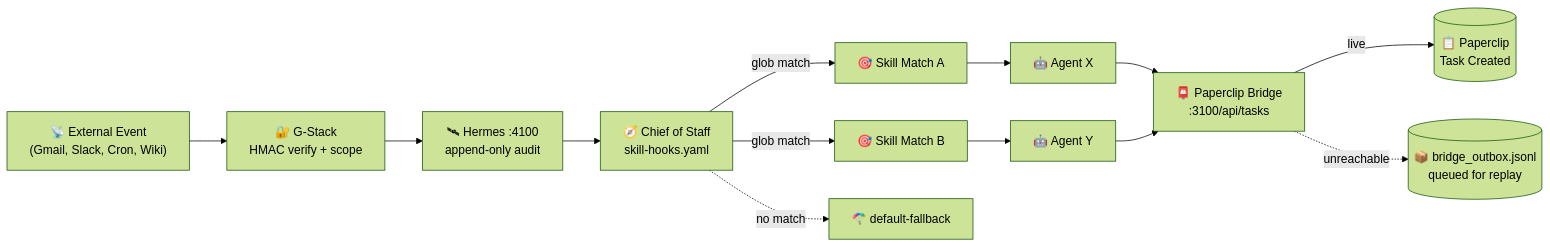
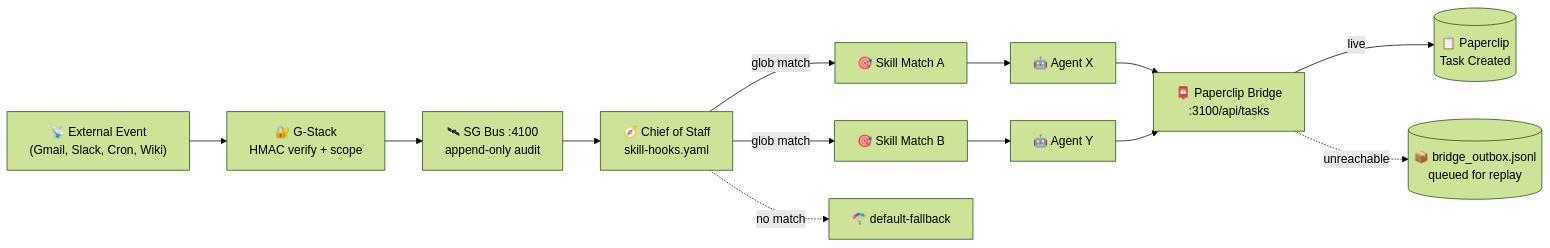
Before and after one commit to Sheshiyer/snow-gloves-os: the first of 4 diagrams in docs/explainer.md, drawn with Mermaid (forest theme). The commit also changed other lines of this file and 135 other files, not shown here.

````diff
--- a/docs/explainer.md
+++ b/docs/explainer.md
@@ -46,15 +46,15 @@
 ```mermaid
 flowchart LR
   Ext["📡 External Event<br/>(Gmail, Slack, Cron, Wiki)"] --> Sig["🔐 G-Stack<br/>HMAC verify + scope"]
-  Sig --> Her["🛰 Hermes :4100<br/>append-only audit"]
+  Sig --> Her["🛰 SG Bus :4100<br/>append-only audit"]
   Her --> CoS["🧭 Chief of Staff<br/>skill-hooks.yaml"]
   CoS -->|glob match| Sk1["🎯 Skill Match A"]
   CoS -->|glob match| Sk2["🎯 Skill Match B"]
   CoS -.no match.-> FB["🪂 default-fallback"]
   Sk1 --> Ag1["🤖 Agent X"]
   Sk2 --> Ag2["🤖 Agent Y"]
   Ag1 --> PB["📮 Paperclip Bridge<br/>:3100/api/tasks"]
   Ag2 --> PB
   PB -->|live| PC[("📋 Paperclip<br/>Task Created")]
   PB -.unreachable.-> Q[("📦 bridge_outbox.jsonl<br/>queued for replay")]
 ```
````
